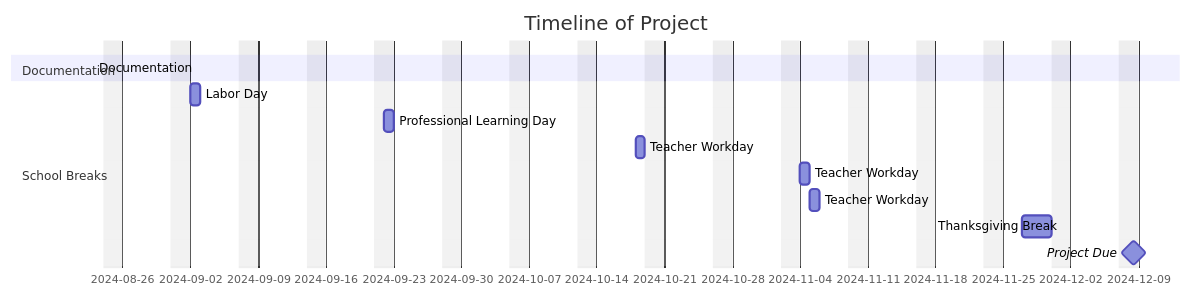
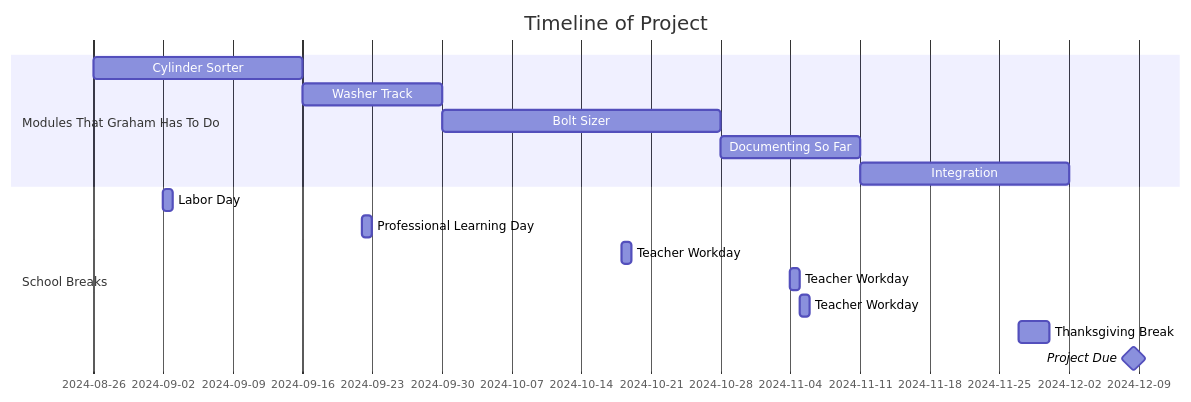
The second of 2 diagrams in README.md (VeganPorkChop/ThreadedItemsTransferSystem), drawn with Mermaid before and after one commit.

````diff
--- a/README.md
+++ b/README.md
@@ -63,30 +63,30 @@
 ```mermaid
 
 gantt
     tickInterval 1week
     weekday monday
     dateFormat  YYYY-MM-DD
     title       Timeline of Project
-    excludes    weekends
 
-    section Documentation
-    Documentation : 2024-08-23, 3m
+    section Modules That Graham Has To Do
+    Cylinder Sorter : 2024-8-26, 3w
+    Washer Track : 2024-9-16, 2w
+    Bolt Sizer : 2024-9-30, 4w
+    Documenting So Far : 2024-10-28, 2w
+    Integration : 2024-11-11, 3w
 
     section Modules That Jakob Has To Do
-    
-
-    section Modules That Graham Has To Do
 
     section Integration Days
 
     section School Breaks 
     Labor Day : 2024-09-02, 1d
     Professional Learning Day : 2024-09-22, 1d
     Teacher Workday : 2024-10-18, 1d
     Teacher Workday : 2024-11-4, 1d
     Teacher Workday : 2024-11-5, 1d
     Thanksgiving Break : 2024-11-27, 3d
 
     Project Due : milestone, 2024-12-08, 1d
     
 ```
````
